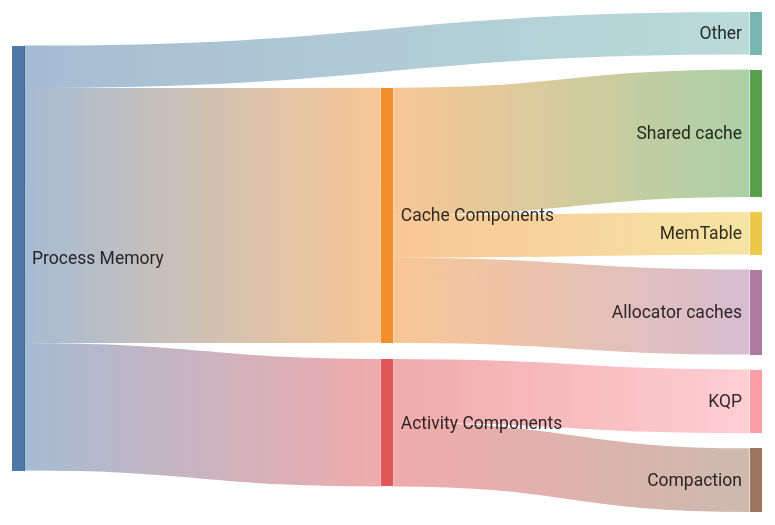
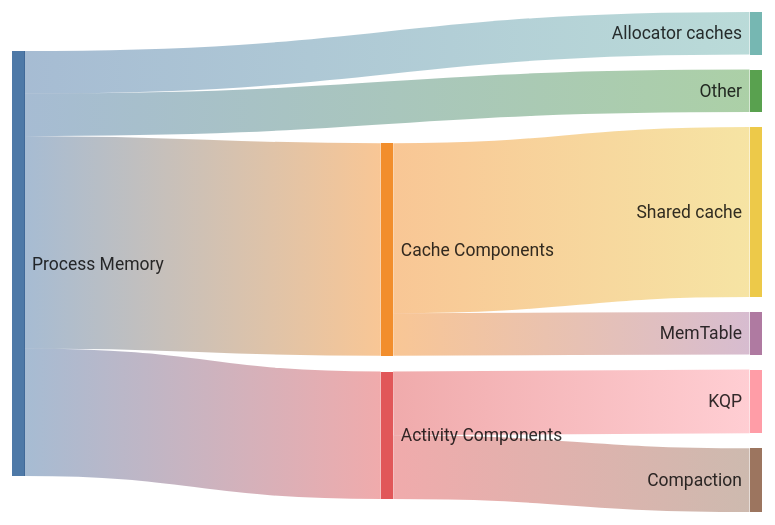
Before and after one commit to ydb-platform/ydb: the diagram in ydb/docs/en/core/reference/configuration/memory_controller_config.md, drawn with Mermaid. The commit also changed 1 other file, not shown here.

Commit message:
Fix review notes

````diff
--- a/ydb/docs/en/core/reference/configuration/memory_controller_config.md
+++ b/ydb/docs/en/core/reference/configuration/memory_controller_config.md
@@ -16,19 +16,19 @@
 ```mermaid
 ---
 config:
   sankey:
     showValues: false
 ---
 sankey-beta
 
-Process Memory,Cache Components,60
+Process Memory,Cache Components,50
 Process Memory,Activity Components, 30
+Process Memory,Allocator caches, 10
 Process Memory,Other,10
 
-Cache Components,Shared cache, 30
+Cache Components,Shared cache, 40
 Cache Components,MemTable, 10
-Cache Components,Allocator caches, 20
 
 Activity Components,"KQP", 15
 Activity Components,Compaction, 15
 ```
````
